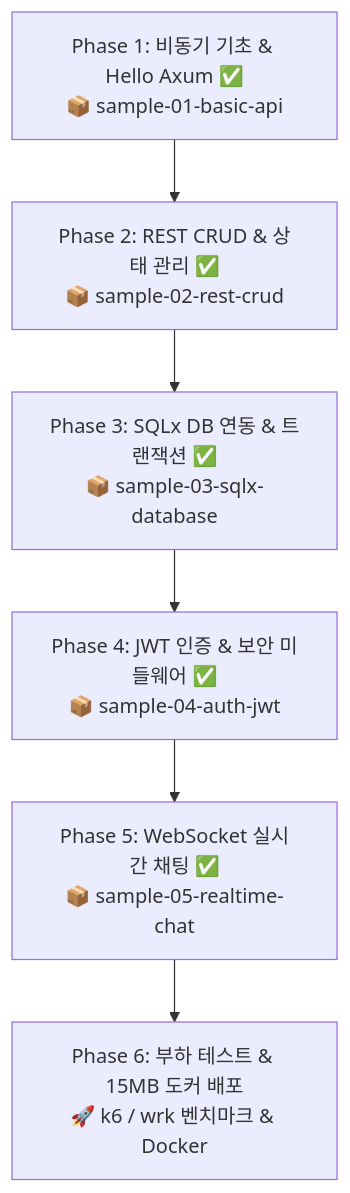
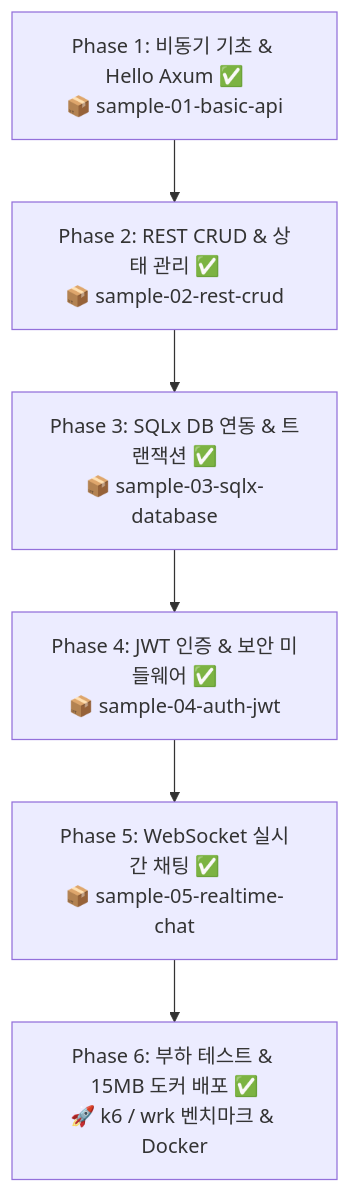
One commit to space-cap/rust-sandbox changed the diagram in docs/backend/backend_learning_plan.md. Above: the diagram before and after it, drawn with Mermaid. The commit also changed other lines of this file and 6 other files, not shown here.

Commit message:
구현: Phase 6 - 부하 테스트 벤치마크 및 초경량 15MB Docker 배포 환경 완성 (전 과정 100% 완료)

````diff
--- a/docs/backend/backend_learning_plan.md
+++ b/docs/backend/backend_learning_plan.md
@@ -21,8 +21,8 @@
 ```mermaid
 flowchart TD
     P1["Phase 1: 비동기 기초 & Hello Axum ✅<br/>📦 sample-01-basic-api"] --> P2["Phase 2: REST CRUD & 상태 관리 ✅<br/>📦 sample-02-rest-crud"]
     P2 --> P3["Phase 3: SQLx DB 연동 & 트랜잭션 ✅<br/>📦 sample-03-sqlx-database"]
     P3 --> P4["Phase 4: JWT 인증 & 보안 미들웨어 ✅<br/>📦 sample-04-auth-jwt"]
     P4 --> P5["Phase 5: WebSocket 실시간 채팅 ✅<br/>📦 sample-05-realtime-chat"]
-    P5 --> P6["Phase 6: 부하 테스트 & 15MB 도커 배포<br/>🚀 k6 / wrk 벤치마크 & Docker"]
+    P5 --> P6["Phase 6: 부하 테스트 & 15MB 도커 배포 ✅<br/>🚀 k6 / wrk 벤치마크 & Docker"]
 ```
````
